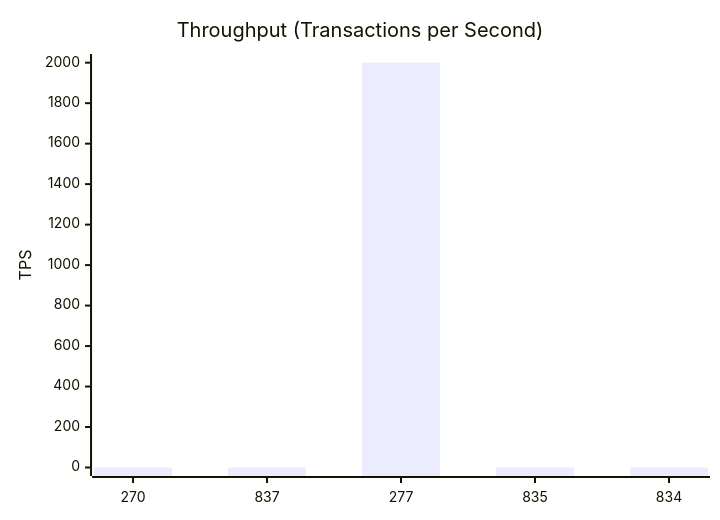
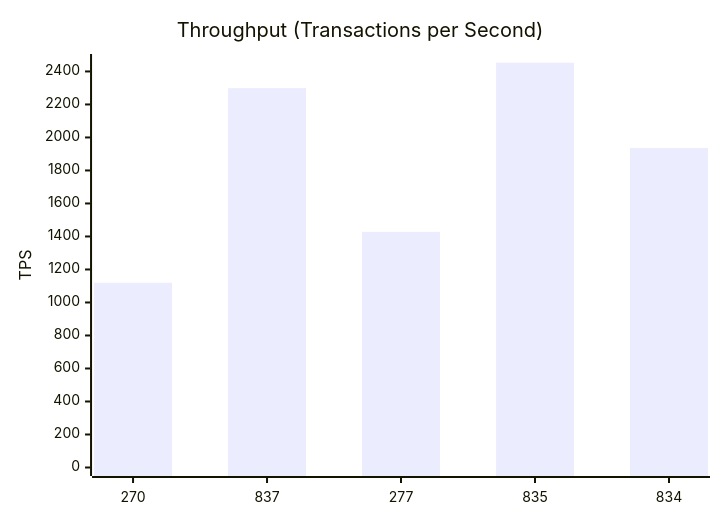
Before and after one commit to dhagan-va/intern-2025: the third of 11 diagrams in test-tools/DataGen/src/Statistics_Visualizer.md, drawn with Mermaid. The commit also changed other lines of this file and 2 other files, not shown here.

````diff
--- a/test-tools/DataGen/src/Statistics_Visualizer.md
+++ b/test-tools/DataGen/src/Statistics_Visualizer.md
@@ -40,7 +40,7 @@
 ```mermaid
 xychart-beta
     title "Throughput (Transactions per Second)"
     x-axis ["270", "837", "277", "835", "834"]
-    y-axis "TPS" 0 --> 2000.9333355554816
-    bar [0.0, 0.0, 1999.9333355554816, 0.0, 0.0]
+    y-axis "TPS" 0 --> 2454.218790787765
+    bar [1119.7053718735629, 2298.9059561450413, 1427.8702313463755, 2453.218790787765, 1936.6395162293784]
 ```
````
